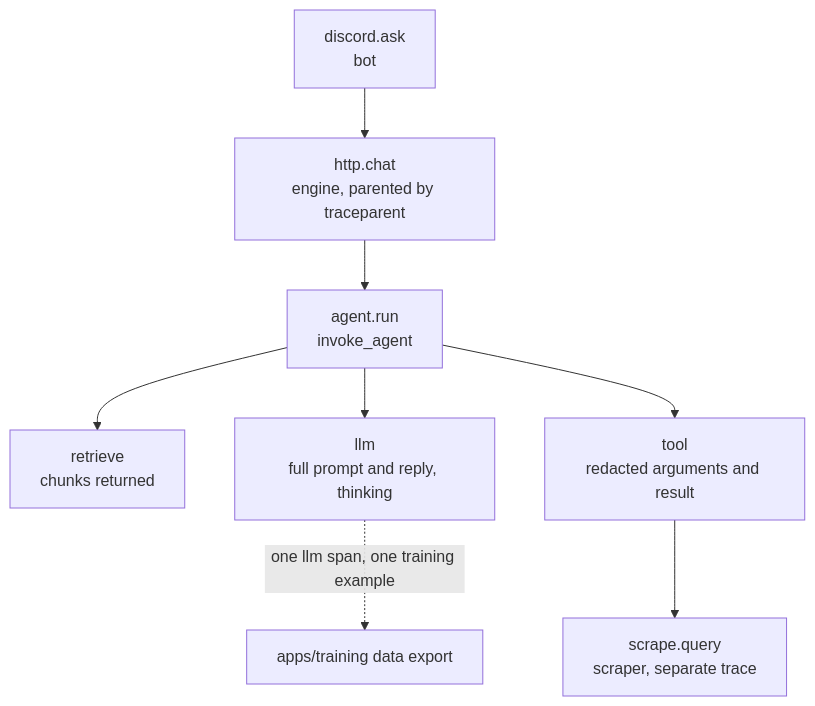
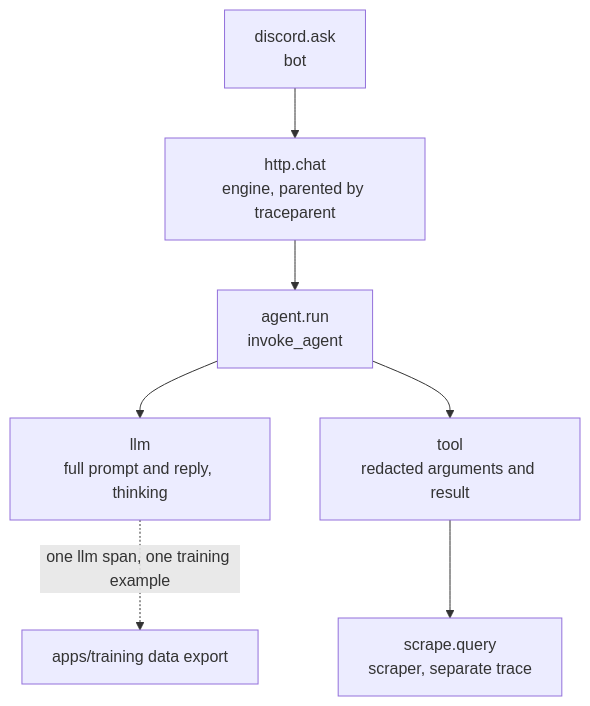
Before and after one commit to ashworks1706/SparkyAI: the ninth of 10 diagrams in docs/ARCHITECTURE.md, drawn with Mermaid. The commit also changed other lines of this file and 77 other files, not shown here.

````diff
--- a/docs/ARCHITECTURE.md
+++ b/docs/ARCHITECTURE.md
@@ -714,10 +703,9 @@
 ```mermaid
 flowchart TD
     A["discord.ask<br/>bot"] --> B["http.chat<br/>engine, parented by traceparent"]
     B --> C["agent.run<br/>invoke_agent"]
-    C --> D["retrieve<br/>chunks returned"]
     C --> E["llm<br/>full prompt and reply, thinking"]
     C --> F["tool<br/>redacted arguments and result"]
     F --> G["scrape.query<br/>scraper, separate trace"]
     E -.->|"one llm span, one training example"| H["apps/training data export"]
 ```
````
